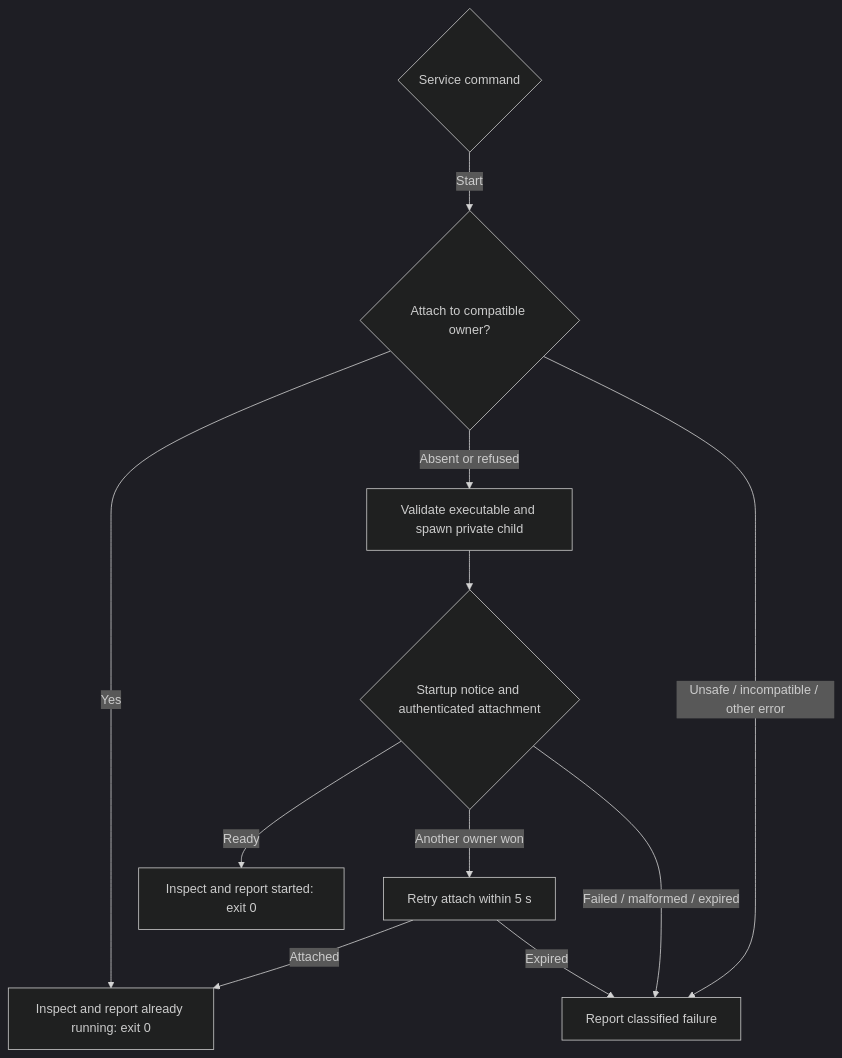
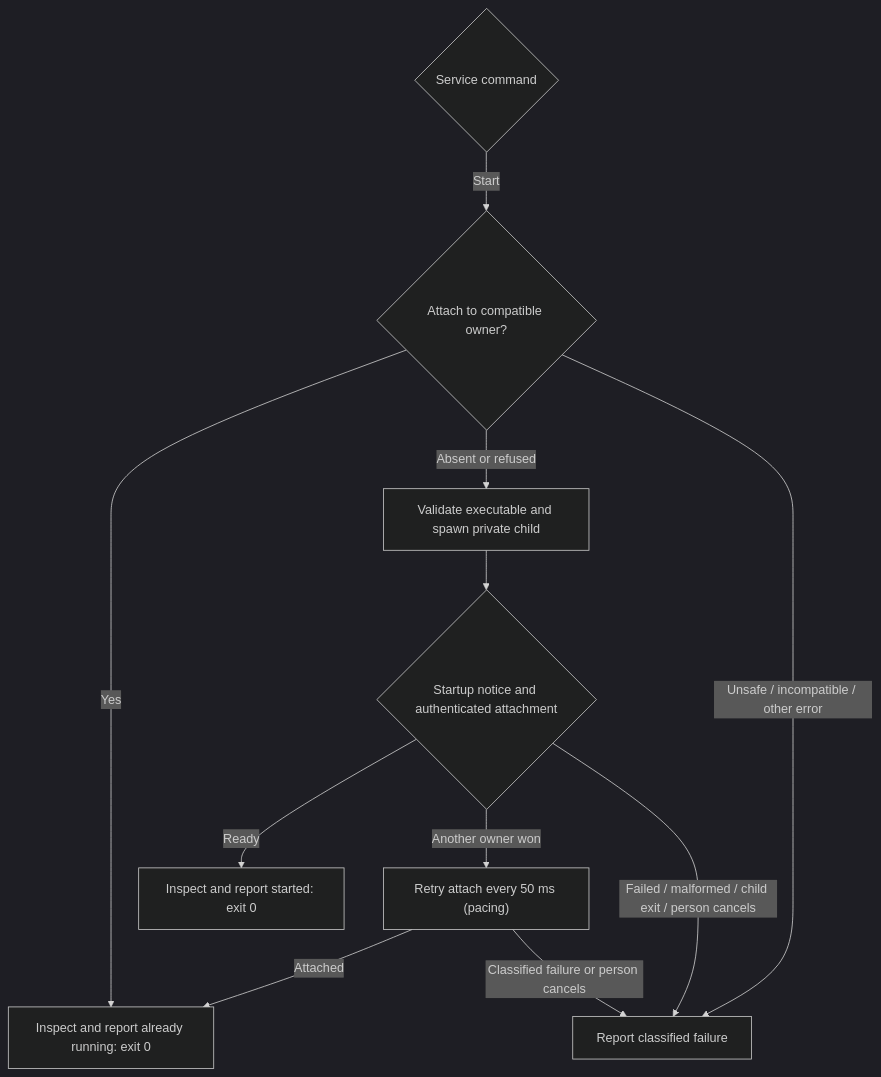
Before and after one commit to pidster/asura: the second of 18 diagrams in docs/designs/command-flows.md, drawn with Mermaid (dark theme). The commit also changed other lines of this file and 39 other files, not shown here.

````diff
--- a/docs/designs/command-flows.md
+++ b/docs/designs/command-flows.md
@@ -59,13 +59,13 @@
 ```mermaid
 flowchart TD
     Command{"Service command"} -->|Start| Attach{"Attach to compatible owner?"}
     Attach -->|Yes| Existing["Inspect and report already running: exit 0"]
     Attach -->|"Absent or refused"| Spawn["Validate executable and spawn private child"]
     Attach -->|"Unsafe / incompatible / other error"| Failure["Report classified failure"]
     Spawn --> Notice{"Startup notice and authenticated attachment"}
     Notice -->|Ready| Started["Inspect and report started: exit 0"]
-    Notice -->|"Another owner won"| Retry["Retry attach within 5 s"]
+    Notice -->|"Another owner won"| Retry["Retry attach every 50 ms (pacing)"]
     Retry -->|Attached| Existing
-    Retry -->|Expired| Failure
-    Notice -->|"Failed / malformed / expired"| Failure
+    Retry -->|"Classified failure or person cancels"| Failure
+    Notice -->|"Failed / malformed / child exit / person cancels"| Failure
 ```
````
